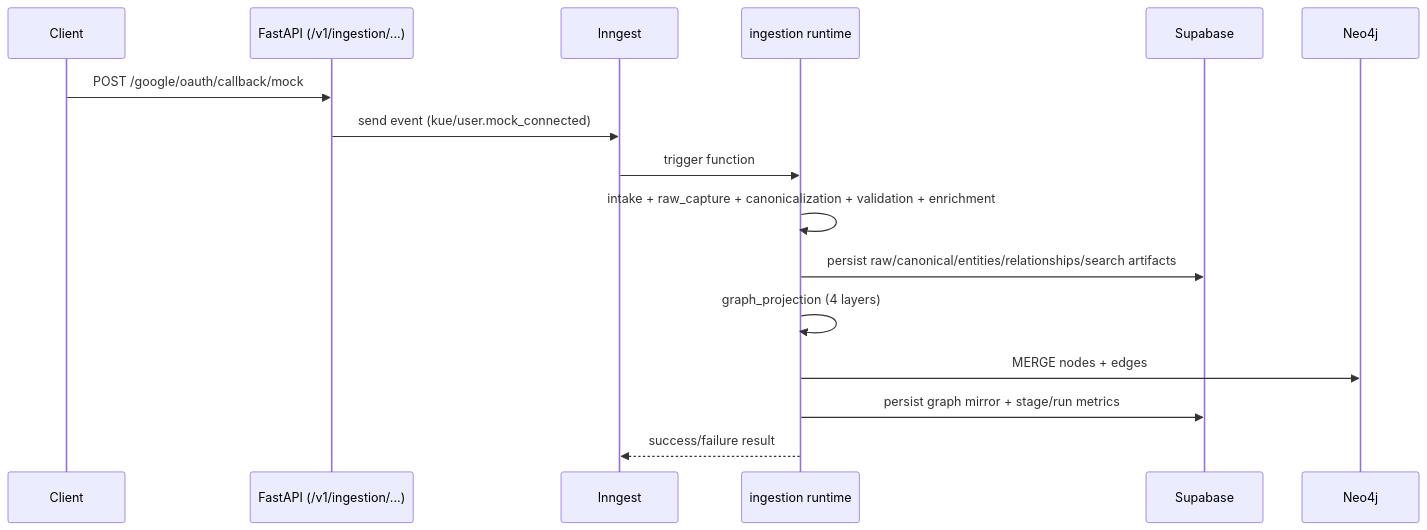
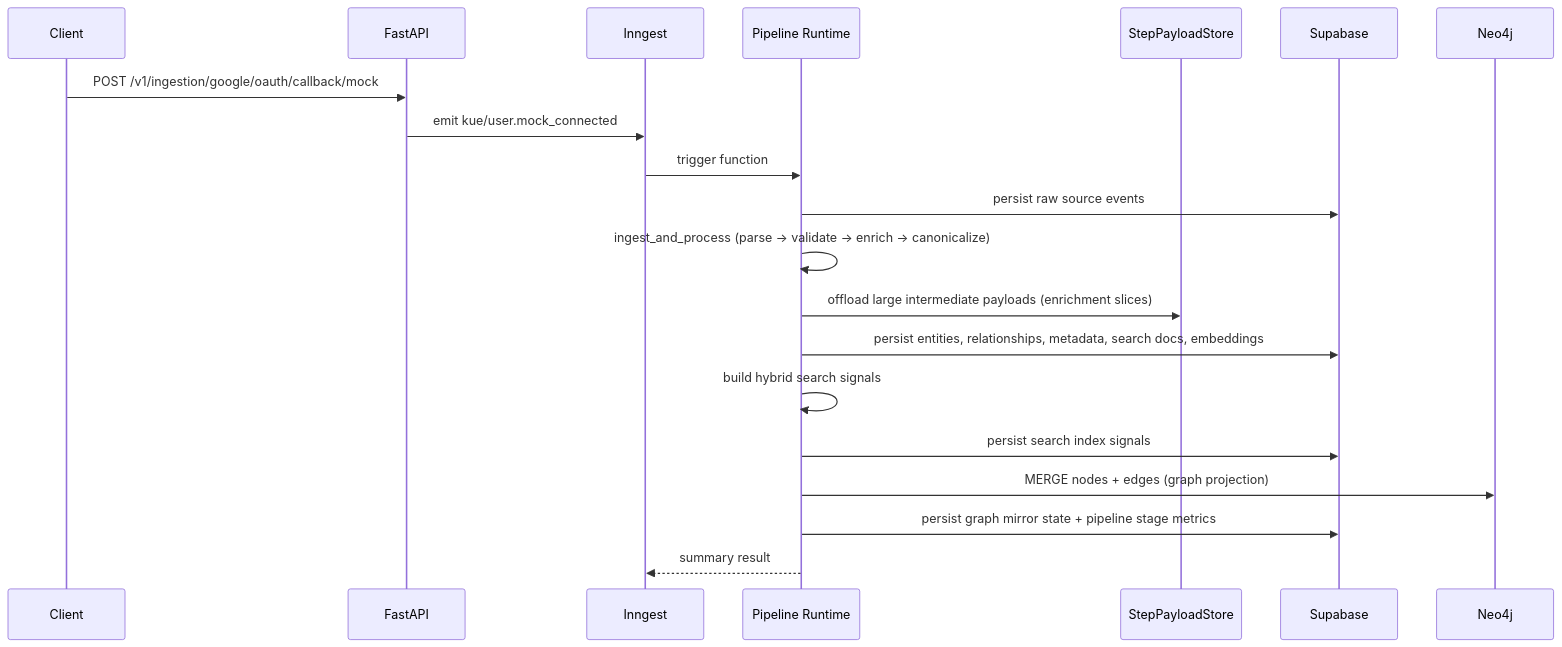
One commit to Kue-Platform/kue-intelligence changed the second of 2 diagrams in README.md. Above: the diagram before and after it, drawn with Mermaid. The commit also changed other lines of this file and 1 other file, not shown here.

Commit message:
docs: expand and restructure README with a table of contents, detailed pipeline stages, Inngest module layout, and data store descriptions.

````diff
--- a/README.md
+++ b/README.md
@@ -48,19 +66,23 @@
 ```mermaid
 sequenceDiagram
-  participant U as Client
-  participant API as FastAPI (/v1/ingestion/...)
+  participant Client
+  participant API as FastAPI
   participant ING as Inngest
-  participant RUN as ingestion runtime
+  participant RUN as Pipeline Runtime
+  participant SPS as StepPayloadStore
   participant SB as Supabase
   participant N4J as Neo4j
 
-  U->>API: POST /google/oauth/callback/mock
-  API->>ING: send event (kue/user.mock_connected)
+  Client->>API: POST /v1/ingestion/google/oauth/callback/mock
+  API->>ING: emit kue/user.mock_connected
   ING->>RUN: trigger function
-  RUN->>RUN: intake + raw_capture + canonicalization + validation + enrichment
-  RUN->>SB: persist raw/canonical/entities/relationships/search artifacts
-  RUN->>RUN: graph_projection (4 layers)
-  RUN->>N4J: MERGE nodes + edges
-  RUN->>SB: persist graph mirror + stage/run metrics
-  RUN-->>ING: success/failure result
+  RUN->>SB: persist raw source events
+  RUN->>RUN: ingest_and_process (parse → validate → enrich → canonicalize)
+  RUN->>SPS: offload large intermediate payloads (enrichment slices)
+  RUN->>SB: persist entities, relationships, metadata, search docs, embeddings
+  RUN->>RUN: build hybrid search signals
+  RUN->>SB: persist search index signals
+  RUN->>N4J: MERGE nodes + edges (graph projection)
+  RUN->>SB: persist graph mirror state + pipeline stage metrics
+  RUN-->>ING: summary result
 ```
````
